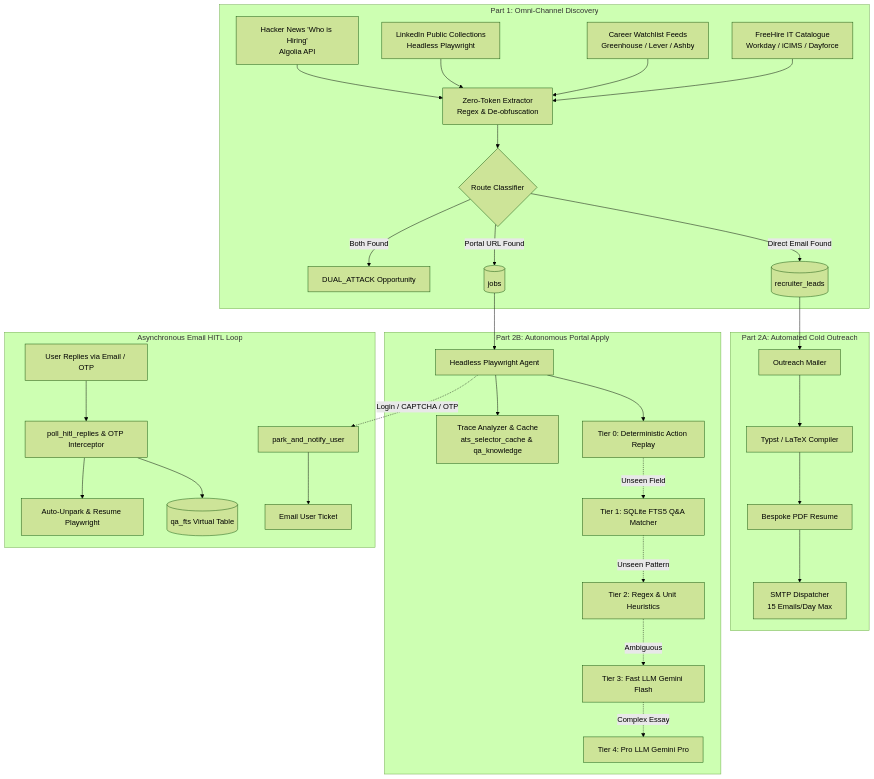
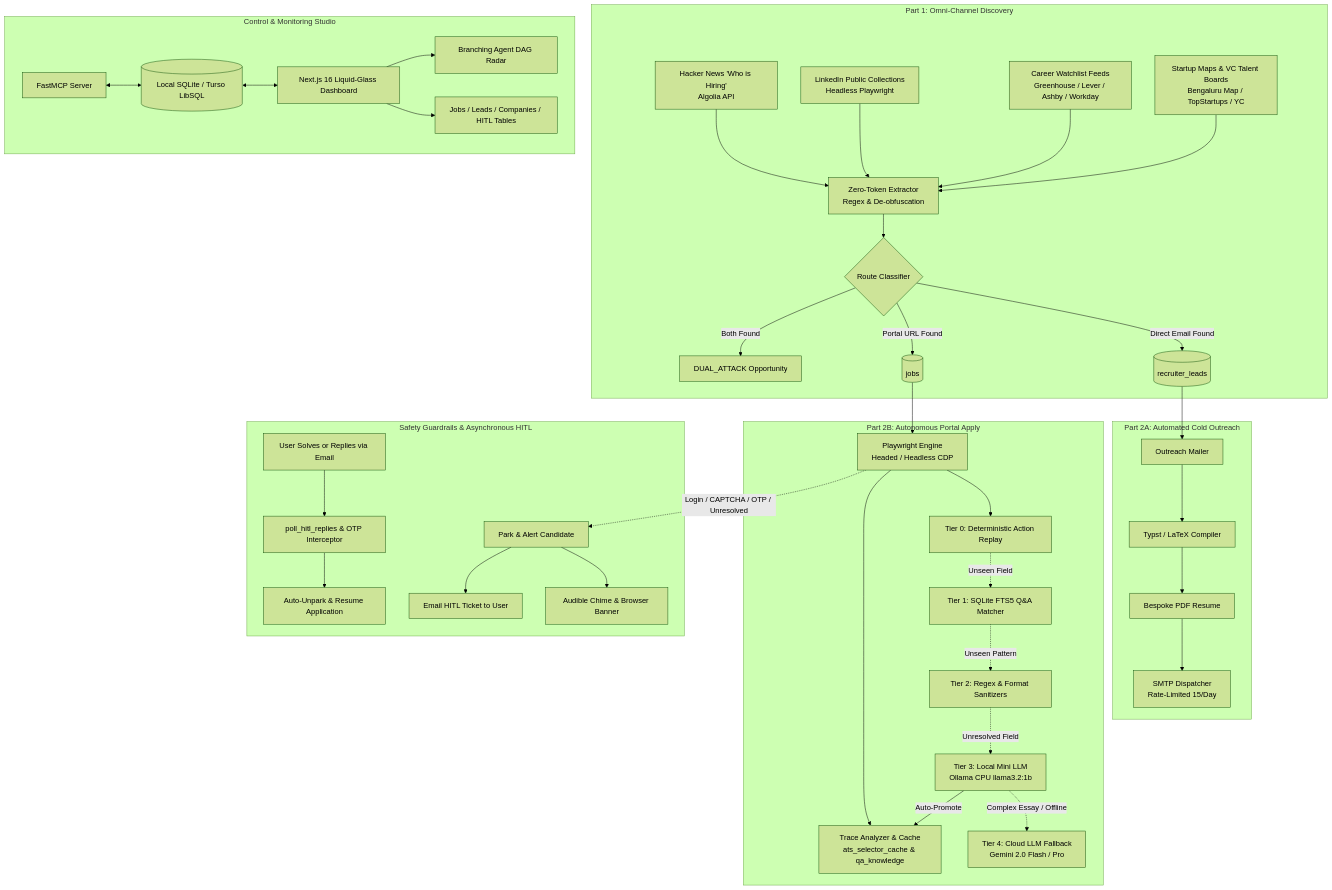
One commit to Sameer-Bagul/ApplyPilot changed the diagram in README.md. Above: the diagram before and after it, drawn with Mermaid (forest theme). The commit also changed other lines of this file and 26 other files, not shown here.

````diff
--- a/README.md
+++ b/README.md
@@ -17,40 +19,48 @@
 ```mermaid
 flowchart TD
     subgraph Part1["Part 1: Omni-Channel Discovery"]
         HN[Hacker News 'Who is Hiring'\nAlgolia API] --> Extractor[Zero-Token Extractor\nRegex & De-obfuscation]
         LI[LinkedIn Public Collections\nHeadless Playwright] --> Extractor
-        ATS[Career Watchlist Feeds\nGreenhouse / Lever / Ashby] --> Extractor
-        FH[FreeHire IT Catalogue\nWorkday / iCIMS / Dayforce] --> Extractor
+        ATS[Career Watchlist Feeds\nGreenhouse / Lever / Ashby / Workday] --> Extractor
+        SM[Startup Maps & VC Talent Boards\nBengaluru Map / TopStartups / YC] --> Extractor
 
         Extractor --> Router{Route Classifier}
         Router -->|Direct Email Found| RLeads[(recruiter_leads)]
         Router -->|Portal URL Found| RJobs[(jobs)]
         Router -->|Both Found| Dual[DUAL_ATTACK Opportunity]
     end
 
     subgraph Part2A["Part 2A: Automated Cold Outreach"]
         RLeads --> OutEngine[Outreach Mailer]
         OutEngine --> Tailor[Typst / LaTeX Compiler]
         Tailor --> Attach[Bespoke PDF Resume]
-        Attach --> SMTP[SMTP Dispatcher\n15 Emails/Day Max]
+        Attach --> SMTP[SMTP Dispatcher\nRate-Limited 15/Day]
     end
 
     subgraph Part2B["Part 2B: Autonomous Portal Apply"]
-        RJobs --> PW[Headless Playwright Agent]
+        RJobs --> PW[Playwright Engine\nHeaded / Headless CDP]
         PW --> T0[Tier 0: Deterministic Action Replay]
         T0 -.->|Unseen Field| T1[Tier 1: SQLite FTS5 Q&A Matcher]
-        T1 -.->|Unseen Pattern| T2[Tier 2: Regex & Unit Heuristics]
-        T2 -.->|Ambiguous| T3[Tier 3: Fast LLM Gemini Flash]
-        T3 -.->|Complex Essay| T4[Tier 4: Pro LLM Gemini Pro]
+        T1 -.->|Unseen Pattern| T2[Tier 2: Regex & Format Sanitizers]
+        T2 -.->|Unresolved Field| T3[Tier 3: Local Mini LLM\nOllama CPU llama3.2:1b]
+        T3 -.->|Complex Essay / Offline| T4[Tier 4: Cloud LLM Fallback\nGemini 2.0 Flash / Pro]
 
         PW --> Learn[Trace Analyzer & Cache\nats_selector_cache & qa_knowledge]
+        T3 -->|Auto-Promote| Learn
     end
 
-    subgraph HITL["Asynchronous Email HITL Loop"]
-        PW -.->|Login / CAPTCHA / OTP| Park[park_and_notify_user]
-        Park --> Notify[Email User Ticket]
-        User[User Replies via Email / OTP] --> Poll[poll_hitl_replies & OTP Interceptor]
-        Poll --> FTS[(qa_fts Virtual Table)]
-        Poll --> Resume[Auto-Unpark & Resume Playwright]
+    subgraph HITL["Safety Guardrails & Asynchronous HITL"]
+        PW -.->|Login / CAPTCHA / OTP / Unresolved| Park[Park & Alert Candidate]
+        Park --> Audio[Audible Chime & Browser Banner]
+        Park --> Notify[Email HITL Ticket to User]
+        User[User Solves or Replies via Email] --> Poll[poll_hitl_replies & OTP Interceptor]
+        Poll --> Resume[Auto-Unpark & Resume Application]
+    end
+
+    subgraph UI["Control & Monitoring Studio"]
+        DB[(Local SQLite / Turso LibSQL)] <--> Next[Next.js 16 Liquid-Glass Dashboard]
+        Next --> Radar[Branching Agent DAG Radar]
+        Next --> Tables[Jobs / Leads / Companies / HITL Tables]
+        MCP[FastMCP Server] <--> DB
     end
 ```
````
